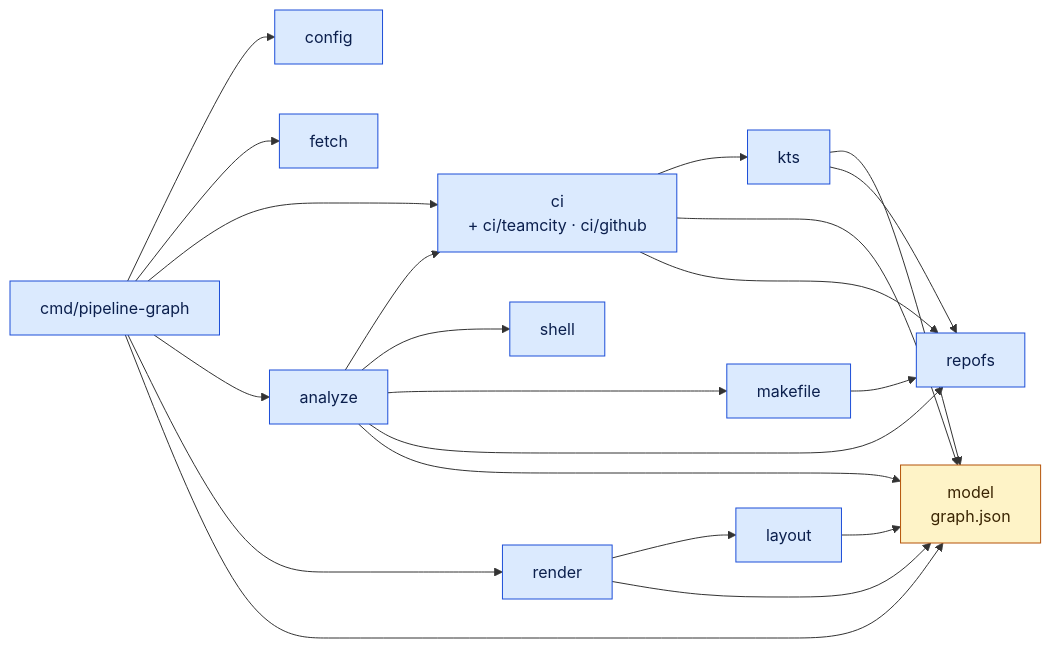
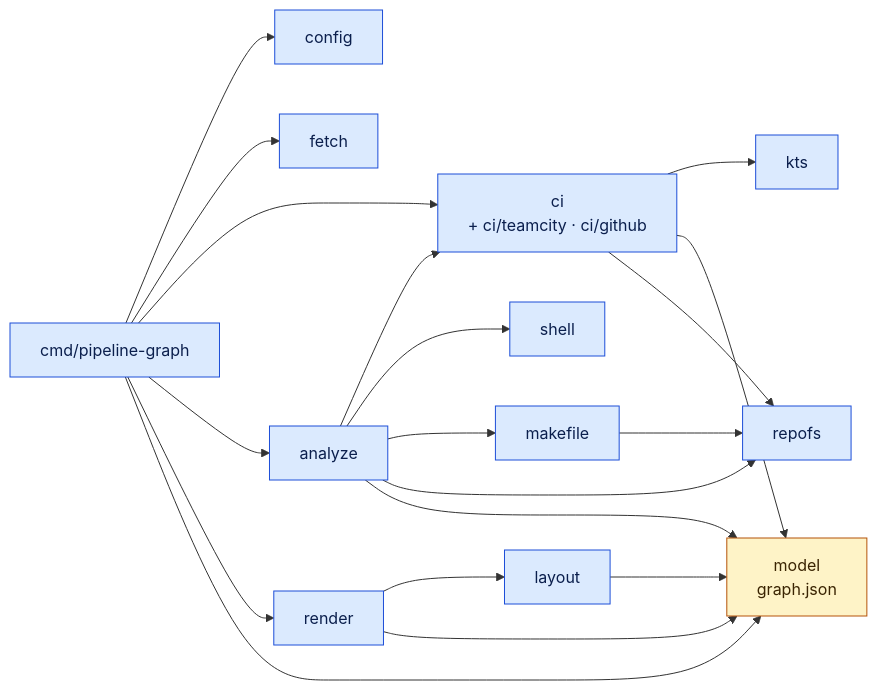
Before and after one commit to Avicted/tools.pipeline-graph: the third of 4 diagrams in docs/architecture/cli.md, drawn with Mermaid. The commit also changed other lines of this file and 9 other files, not shown here.

````diff
--- a/docs/architecture/cli.md
+++ b/docs/architecture/cli.md
@@ -86,42 +86,40 @@
 ```mermaid
 %% view: cli-packages
 flowchart LR
     cmd["cmd/pipeline-graph"]
     config["config"]
     fetch["fetch"]
     ci["ci<br/>+ ci/teamcity · ci/github"]
     kts["kts"]
     analyze["analyze"]
     shell["shell"]
     makefile["makefile"]
     repofs["repofs"]
     render["render"]
     layout["layout"]
     model["model<br/>graph.json"]
 
     cmd --> config
     cmd --> fetch
     cmd --> ci
     cmd --> analyze
     cmd --> render
     cmd --> model
     ci --> kts
     ci --> model
     ci --> repofs
-    kts --> model
-    kts --> repofs
     analyze --> ci
     analyze --> shell
     analyze --> makefile
     analyze --> repofs
     analyze --> model
     makefile --> repofs
     render --> layout
     render --> model
     layout --> model
 
     classDef go fill:#dbeafe,stroke:#1d4ed8,color:#0b1f4d
     classDef data fill:#fef3c7,stroke:#b45309,color:#3a2402
     class cmd,config,fetch,ci,kts,analyze,shell,makefile,repofs,render,layout go
     class model data
 ```
````
